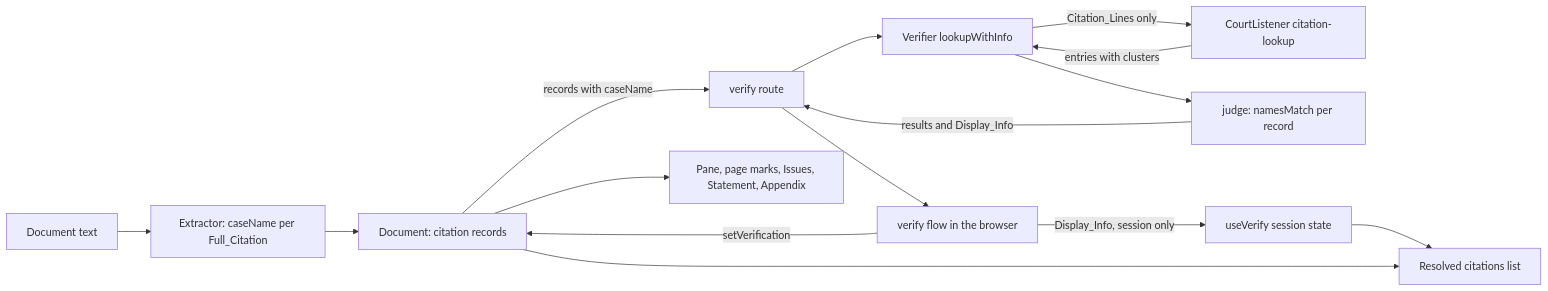
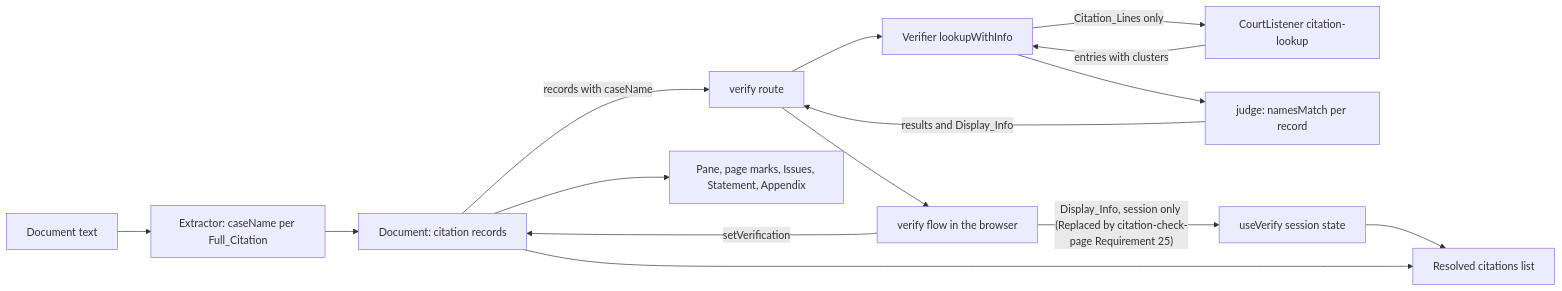
One commit to gowtham0992/reveal-codes changed the first of 4 diagrams in .kiro/specs/case-match/design.md. Above: the diagram before and after it, drawn with Mermaid. The commit also changed other lines of this file and 68 other files, not shown here.

Commit message:
citation-check-page second follow-up: verify limit counts only uncached requests, saved found-case names, Avianca sample first, divergence sentence, one editor link on /check

````diff
--- a/.kiro/specs/case-match/design.md
+++ b/.kiro/specs/case-match/design.md
@@ -66,17 +66,17 @@
 ```mermaid
 flowchart LR
   T["Document text"] --> X["Extractor: caseName per Full_Citation"]
   X --> D["Document: citation records"]
   D -->|"records with caseName"| R["verify route"]
   R --> L["Verifier lookupWithInfo"]
   L -->|"Citation_Lines only"| CL["CourtListener citation-lookup"]
   CL -->|"entries with clusters"| L
   L --> J["judge: namesMatch per record"]
   J -->|"results and Display_Info"| R
   R --> F["verify flow in the browser"]
   F -->|"setVerification"| D
-  F -->|"Display_Info, session only"| S["useVerify session state"]
+  F -->|"Display_Info, session only (Replaced by citation-check-page Requirement 25)"| S["useVerify session state"]
   D --> P["Pane, page marks, Issues, Statement, Appendix"]
   S --> RL["Resolved citations list"]
   D --> RL
 ```
````
